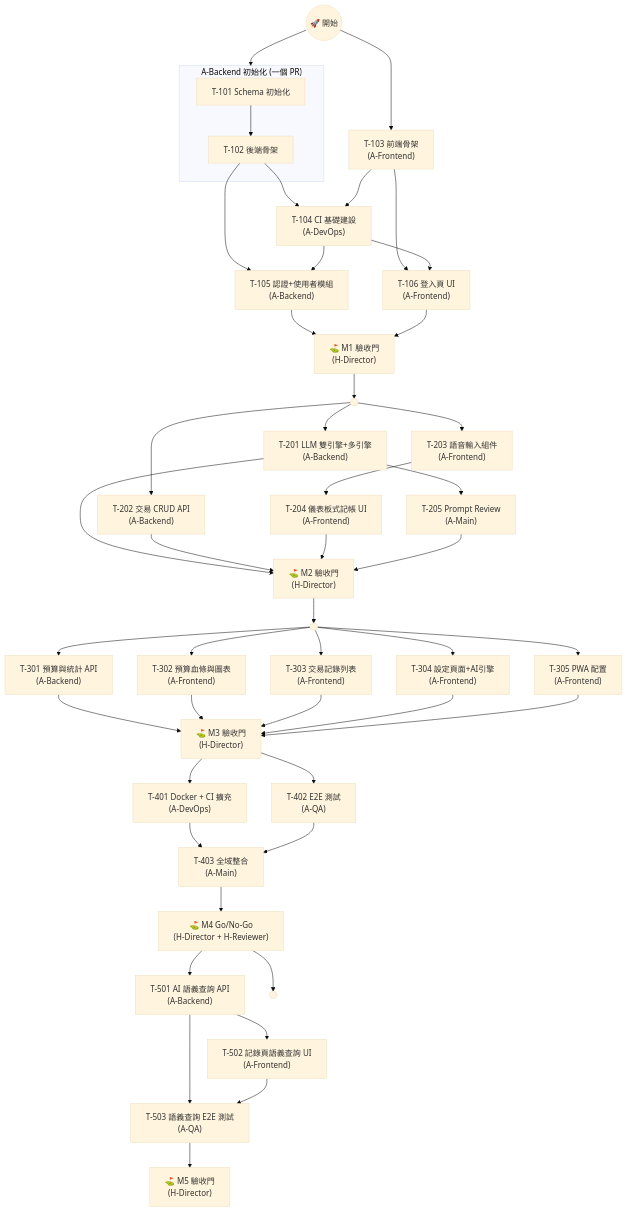
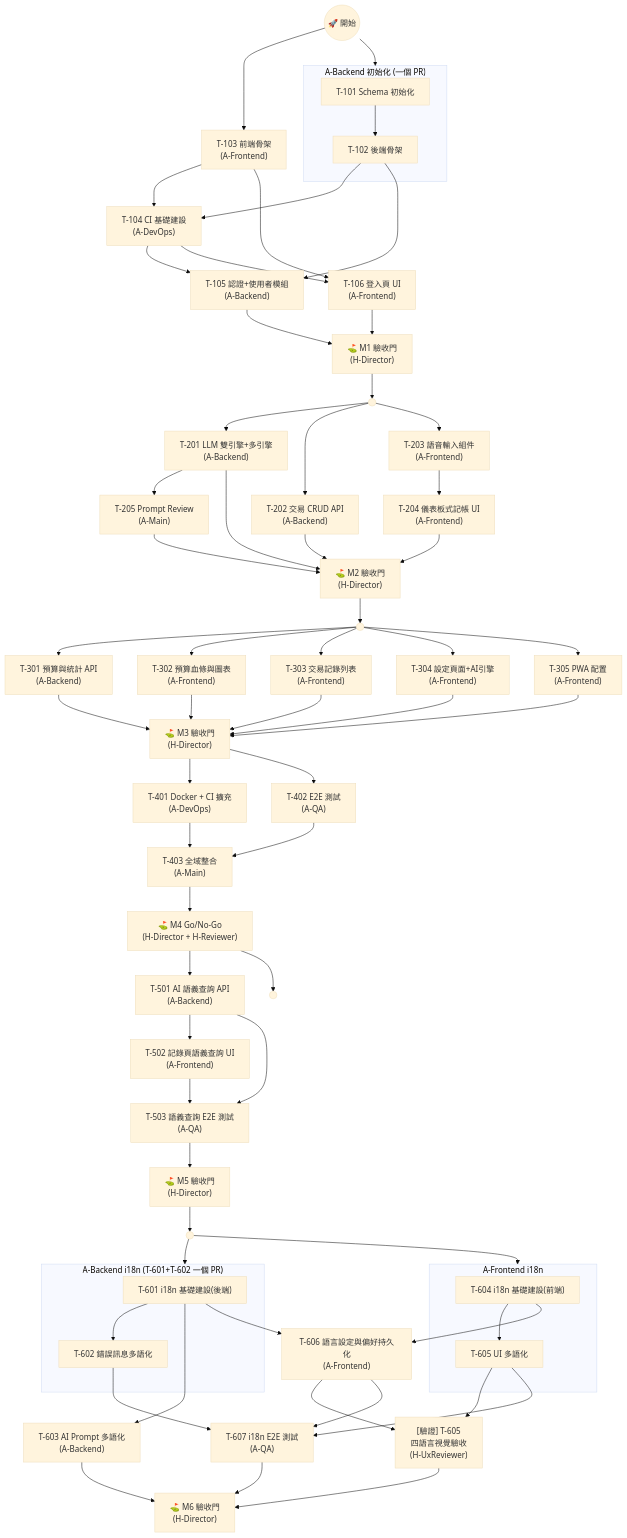
One commit to robin-li/vibe-money-book changed the third of 5 diagrams in docs/02-Dev_Plan.md. Above: the diagram before and after it, drawn with Mermaid (base theme). The commit also changed other lines of this file and 8 other files, not shown here.

````diff
--- a/docs/02-Dev_Plan.md
+++ b/docs/02-Dev_Plan.md
@@ -697,56 +877,75 @@
 ```mermaid
 flowchart TB
     START(("🚀 開始")) --> BE_INIT & T103
 
     subgraph BE_INIT["A-Backend 初始化 (一個 PR)"]
         T101["T-101 Schema 初始化"] --> T102["T-102 後端骨架"]
     end
     T103["T-103 前端骨架<br/>(A-Frontend)"]
 
     T102 & T103 --> T104["T-104 CI 基礎建設<br/>(A-DevOps)"]
 
     T102 & T104 --> T105["T-105 認證+使用者模組<br/>(A-Backend)"]
     T103 & T104 --> T106["T-106 登入頁 UI<br/>(A-Frontend)"]
 
     T105 & T106 --> M1G["⛳ M1 驗收門<br/>(H-Director)"]
 
     M1G --> G2_FORK((" "))
     G2_FORK --> T201 & T202 & T203
 
     T201["T-201 LLM 雙引擎+多引擎<br/>(A-Backend)"]
     T202["T-202 交易 CRUD API<br/>(A-Backend)"]
     T203["T-203 語音輸入組件<br/>(A-Frontend)"]
 
     T201 --> T205["T-205 Prompt Review<br/>(A-Main)"]
     T203 --> T204["T-204 儀表板式記帳 UI<br/>(A-Frontend)"]
 
     T201 & T202 & T204 & T205 --> M2G["⛳ M2 驗收門<br/>(H-Director)"]
 
     M2G --> G3_FORK((" "))
     G3_FORK --> T301 & T302 & T303 & T304 & T305
 
     T301["T-301 預算與統計 API<br/>(A-Backend)"]
     T302["T-302 預算血條與圖表<br/>(A-Frontend)"]
     T303["T-303 交易記錄列表<br/>(A-Frontend)"]
     T304["T-304 設定頁面+AI引擎<br/>(A-Frontend)"]
     T305["T-305 PWA 配置<br/>(A-Frontend)"]
 
     T301 & T302 & T303 & T304 & T305 --> M3G["⛳ M3 驗收門<br/>(H-Director)"]
 
     M3G --> T401 & T402
 
     T401["T-401 Docker + CI 擴充<br/>(A-DevOps)"]
     T402["T-402 E2E 測試<br/>(A-QA)"]
 
     T401 & T402 --> T403["T-403 全域整合<br/>(A-Main)"]
     T403 --> M4G["⛳ M4 Go/No-Go<br/>(H-Director + H-Reviewer)"]
 
     M4G --> T501 & T502_WAIT((" "))
 
     T501["T-501 AI 語義查詢 API<br/>(A-Backend)"]
     T501 --> T502["T-502 記錄頁語義查詢 UI<br/>(A-Frontend)"]
 
     T501 & T502 --> T503["T-503 語義查詢 E2E 測試<br/>(A-QA)"]
 
     T503 --> M5G["⛳ M5 驗收門<br/>(H-Director)"]
+
+    M5G --> M6_FORK((" "))
+    M6_FORK --> BE_I18N & FE_I18N
+
+    subgraph BE_I18N["A-Backend i18n (T-601+T-602 一個 PR)"]
+        T601["T-601 i18n 基礎建設(後端)"] --> T602["T-602 錯誤訊息多語化"]
+    end
+    T601 --> T603["T-603 AI Prompt 多語化<br/>(A-Backend)"]
+
+    subgraph FE_I18N["A-Frontend i18n"]
+        T604["T-604 i18n 基礎建設(前端)"] --> T605["T-605 UI 多語化"]
+    end
+    T604 & T601 --> T606["T-606 語言設定與偏好持久化<br/>(A-Frontend)"]
+
+    T605 & T606 --> V605["[驗證] T-605<br/>四語言視覺驗收<br/>(H-UxReviewer)"]
+
+    T602 & T605 & T606 --> T607["T-607 i18n E2E 測試<br/>(A-QA)"]
+
+    V605 & T603 & T607 --> M6G["⛳ M6 驗收門<br/>(H-Director)"]
 ```
````
